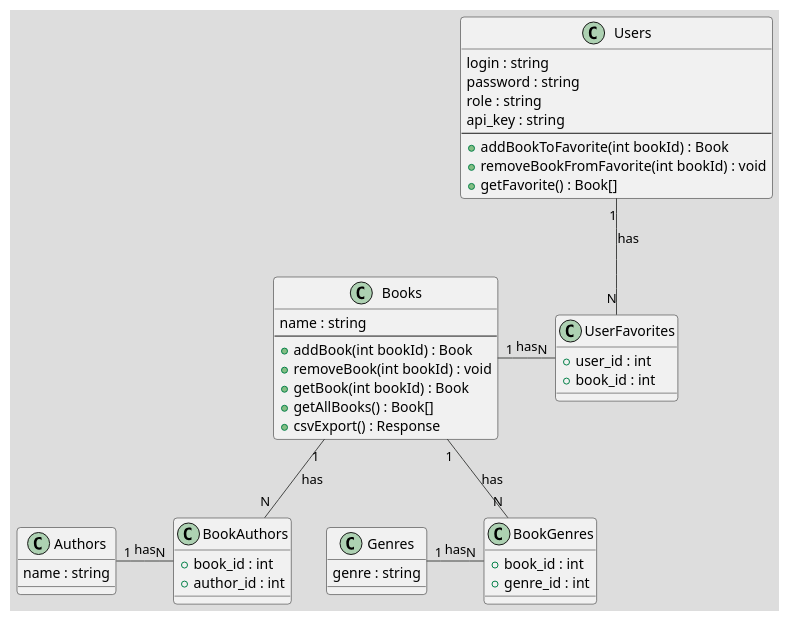
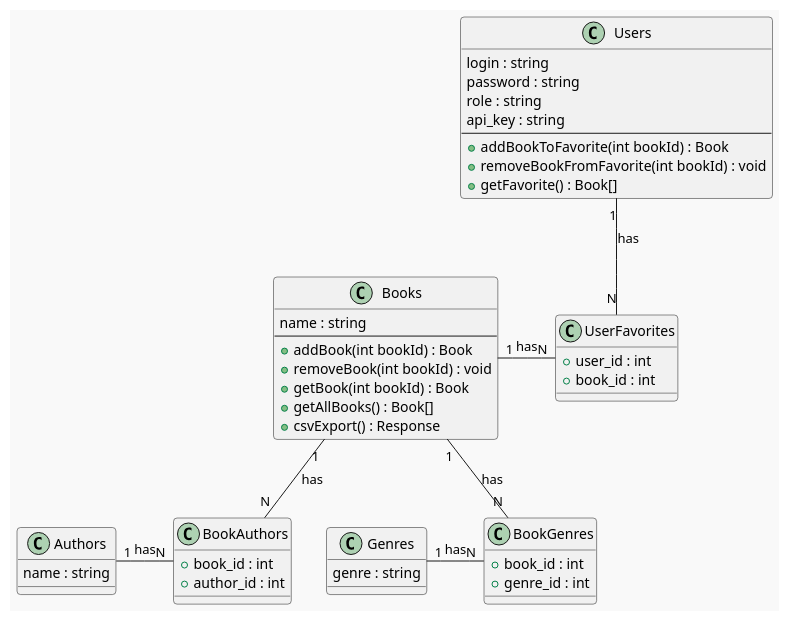
The diagram in uml/ClassDiagram.puml (Ushchenko/OnlineLibraryAPI-main), drawn with PlantUML before and after one commit.

```diff
--- a/uml/ClassDiagram.puml
+++ b/uml/ClassDiagram.puml
@@ -1,53 +1,53 @@
 @startuml
-!theme toy
+!theme mars
 class Users {
   login : string
   password : string
   role : string
   api_key : string
   --
   +addBookToFavorite(int bookId) : Book
   +removeBookFromFavorite(int bookId) : void
   +getFavorite() : Book[]
 }
 
 class Books {
   name : string
   --
   +addBook(int bookId) : Book
   +removeBook(int bookId) : void
   +getBook(int bookId) : Book
   +getAllBooks() : Book[]
   +csvExport() : Response
 }
 
 class Authors {
   name : string
 }
 
 class Genres {
   genre : string
 }
 
 class BookAuthors {
   + book_id : int
   + author_id : int
 }
 
 class BookGenres {
   + book_id : int
   + genre_id : int
 }
 
 class UserFavorites {
   + user_id : int
   + book_id : int
 }
 
 Users "1" -- "N" UserFavorites : has
 Books "1" - "N" UserFavorites : has
 Books "1" -- "N" BookAuthors : has
 Authors "1" - "N" BookAuthors : has
 Books "1" -- "N" BookGenres : has
 Genres "1" - "N" BookGenres : has
 @enduml
```
